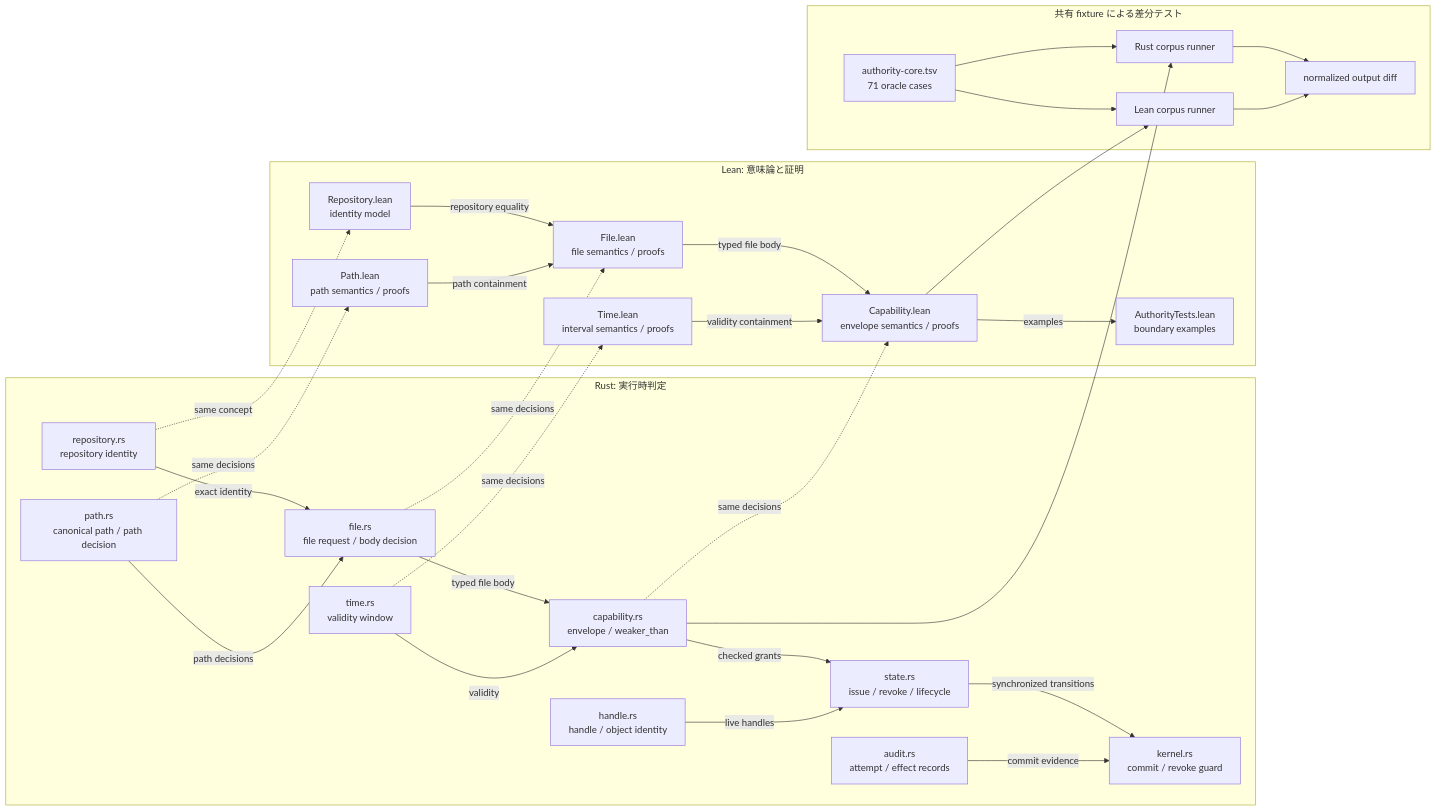
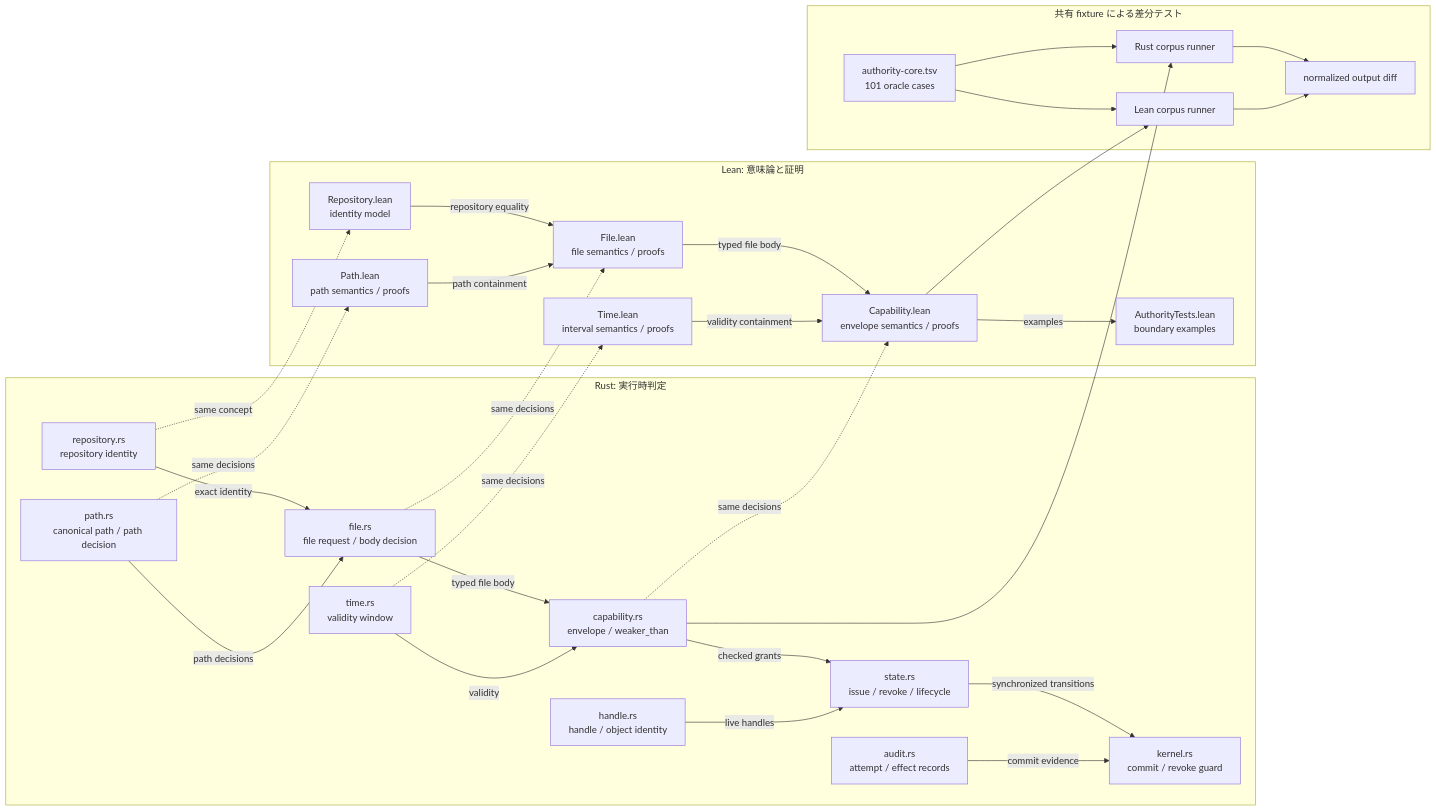
One commit to Aqua-218/SecCamp-AIAgent changed the first of 2 diagrams in docs/authority-core/README.md. Above: the diagram before and after it, drawn with Mermaid. The commit also changed other lines of this file and 4 other files, not shown here.

````diff
--- a/docs/authority-core/README.md
+++ b/docs/authority-core/README.md
@@ -28,55 +28,55 @@
 ```mermaid
 flowchart LR
     subgraph rust["Rust: 実行時判定"]
         rustRepo["repository.rs<br/>repository identity"]
         rustPath["path.rs<br/>canonical path / path decision"]
         rustFile["file.rs<br/>file request / body decision"]
         rustTime["time.rs<br/>validity window"]
         rustCap["capability.rs<br/>envelope / weaker_than"]
         rustHandle["handle.rs<br/>handle / object identity"]
         rustState["state.rs<br/>issue / revoke / lifecycle"]
         rustAudit["audit.rs<br/>attempt / effect records"]
         rustKernel["kernel.rs<br/>commit / revoke guard"]
         rustRepo -->|"exact identity"| rustFile
         rustPath -->|"path decisions"| rustFile
         rustFile -->|"typed file body"| rustCap
         rustTime -->|"validity"| rustCap
         rustCap -->|"checked grants"| rustState
         rustHandle -->|"live handles"| rustState
         rustState -->|"synchronized transitions"| rustKernel
         rustAudit -->|"commit evidence"| rustKernel
     end
 
     subgraph lean["Lean: 意味論と証明"]
         leanRepo["Repository.lean<br/>identity model"]
         leanPath["Path.lean<br/>path semantics / proofs"]
         leanFile["File.lean<br/>file semantics / proofs"]
         leanTime["Time.lean<br/>interval semantics / proofs"]
         leanCap["Capability.lean<br/>envelope semantics / proofs"]
         leanTests["AuthorityTests.lean<br/>boundary examples"]
         leanRepo -->|"repository equality"| leanFile
         leanPath -->|"path containment"| leanFile
         leanFile -->|"typed file body"| leanCap
         leanTime -->|"validity containment"| leanCap
         leanCap -->|"examples"| leanTests
     end
 
     subgraph differential["共有 fixture による差分テスト"]
-        corpus["authority-core.tsv<br/>71 oracle cases"]
+        corpus["authority-core.tsv<br/>101 oracle cases"]
         rustRunner["Rust corpus runner"]
         leanRunner["Lean corpus runner"]
         compare["normalized output diff"]
         corpus --> rustRunner
         corpus --> leanRunner
         rustRunner --> compare
         leanRunner --> compare
     end
 
     rustRepo -.->|"same concept"| leanRepo
     rustPath -.->|"same decisions"| leanPath
     rustFile -.->|"same decisions"| leanFile
     rustTime -.->|"same decisions"| leanTime
     rustCap -.->|"same decisions"| leanCap
     rustCap --> rustRunner
     leanCap --> leanRunner
 ```
````
